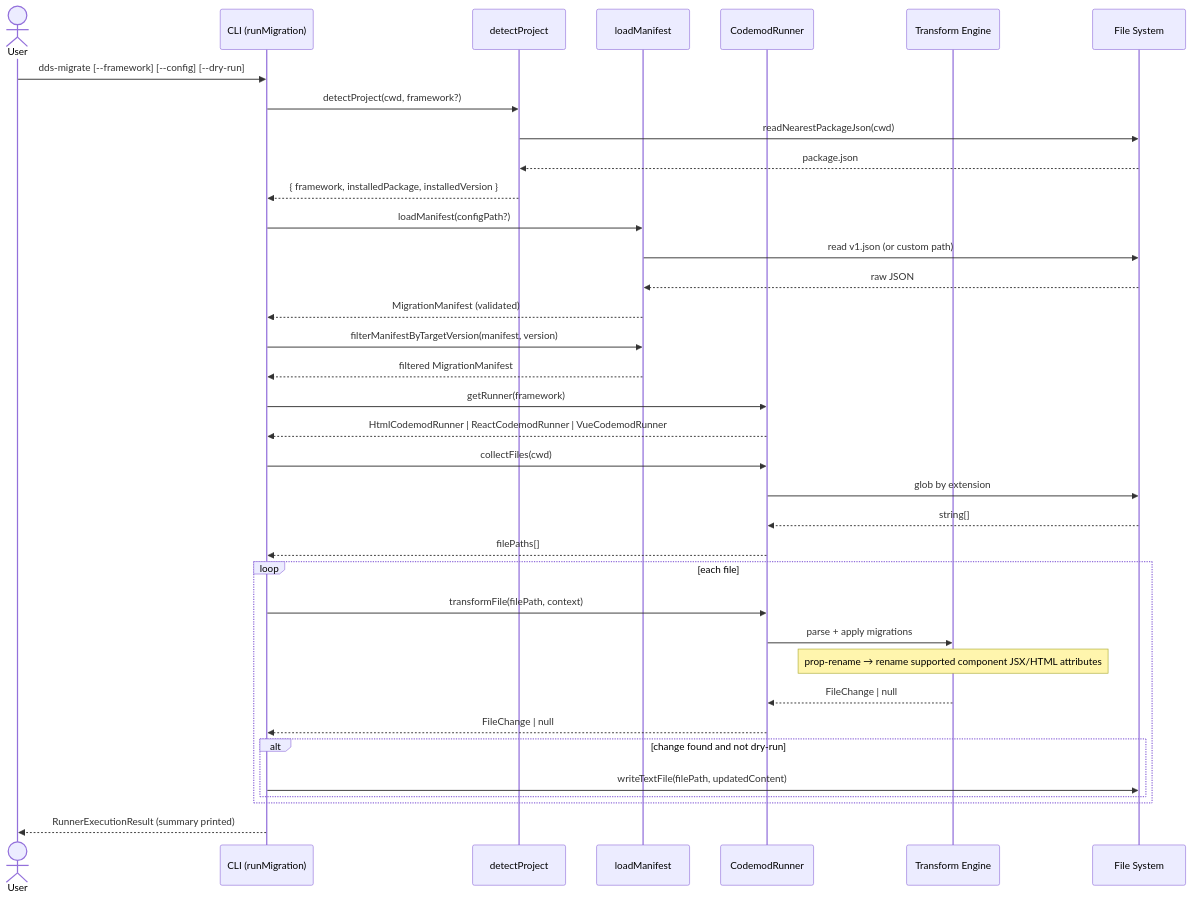
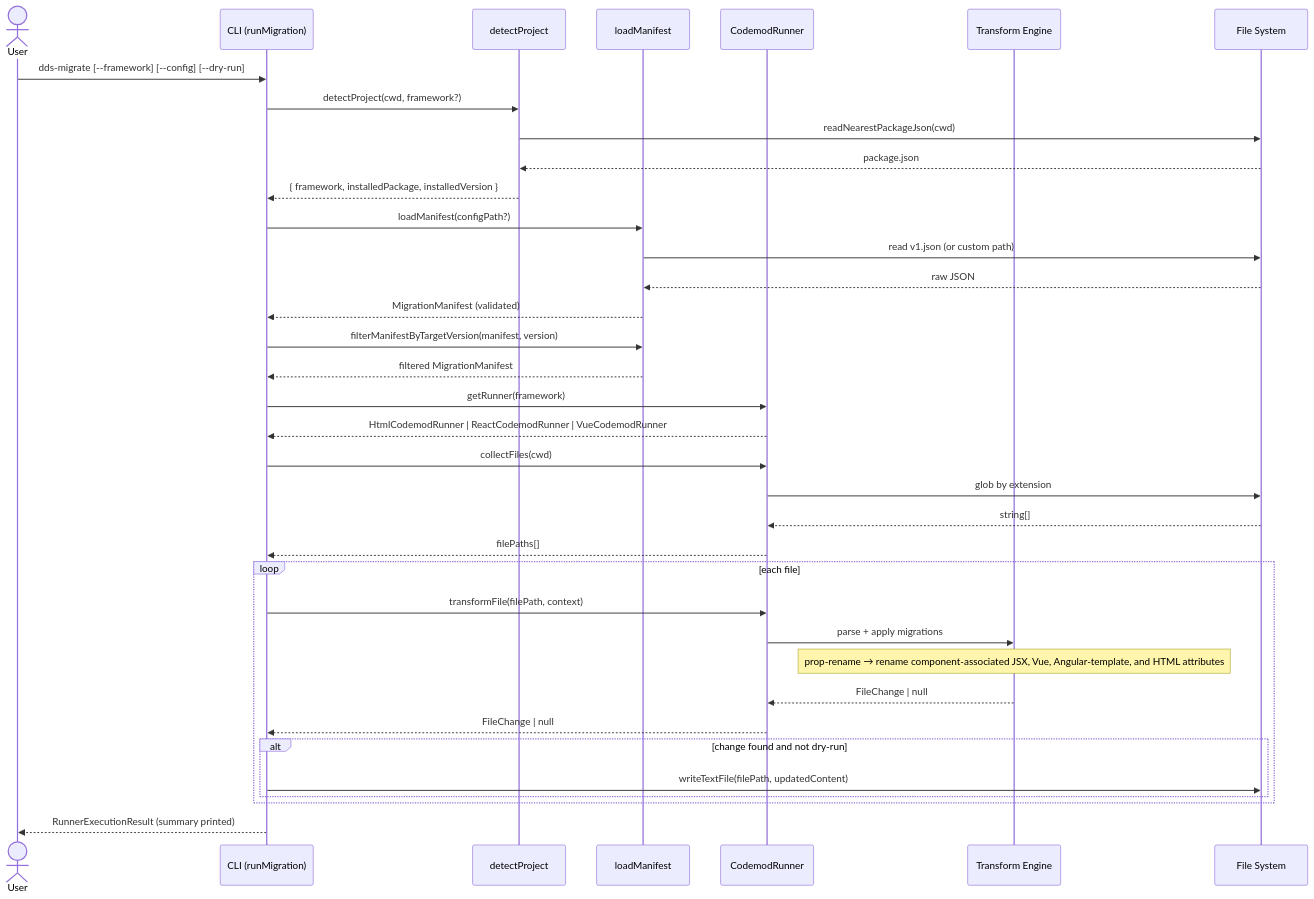
Before and after one commit to Infineon/infineon-design-system-stencil: the second of 2 diagrams in packages/migrations/DOCS.md, drawn with Mermaid. The commit also changed 10 other files, not shown here.

````diff
--- a/packages/migrations/DOCS.md
+++ b/packages/migrations/DOCS.md
@@ -44,47 +44,47 @@
 ```mermaid
 sequenceDiagram
   actor User
   participant CLI as CLI (runMigration)
   participant Project as detectProject
   participant Manifest as loadManifest
   participant Runner as CodemodRunner
   participant Engine as Transform Engine
   participant FS as File System
 
   User->>CLI: dds-migrate [--framework] [--config] [--dry-run]
 
   CLI->>Project: detectProject(cwd, framework?)
   Project->>FS: readNearestPackageJson(cwd)
   FS-->>Project: package.json
   Project-->>CLI: { framework, installedPackage, installedVersion }
 
   CLI->>Manifest: loadManifest(configPath?)
   Manifest->>FS: read v1.json (or custom path)
   FS-->>Manifest: raw JSON
   Manifest-->>CLI: MigrationManifest (validated)
 
   CLI->>Manifest: filterManifestByTargetVersion(manifest, version)
   Manifest-->>CLI: filtered MigrationManifest
 
   CLI->>Runner: getRunner(framework)
   Runner-->>CLI: HtmlCodemodRunner | ReactCodemodRunner | VueCodemodRunner
 
   CLI->>Runner: collectFiles(cwd)
   Runner->>FS: glob by extension
   FS-->>Runner: string[]
   Runner-->>CLI: filePaths[]
 
   loop each file
     CLI->>Runner: transformFile(filePath, context)
     Runner->>Engine: parse + apply migrations
-    Note over Engine: prop-rename → rename supported component JSX/HTML attributes
+    Note over Engine: prop-rename → rename component-associated JSX, Vue, Angular-template, and HTML attributes
     Engine-->>Runner: FileChange | null
     Runner-->>CLI: FileChange | null
 
     alt change found and not dry-run
       CLI->>FS: writeTextFile(filePath, updatedContent)
     end
   end
 
   CLI-->>User: RunnerExecutionResult (summary printed)
 ```
````
